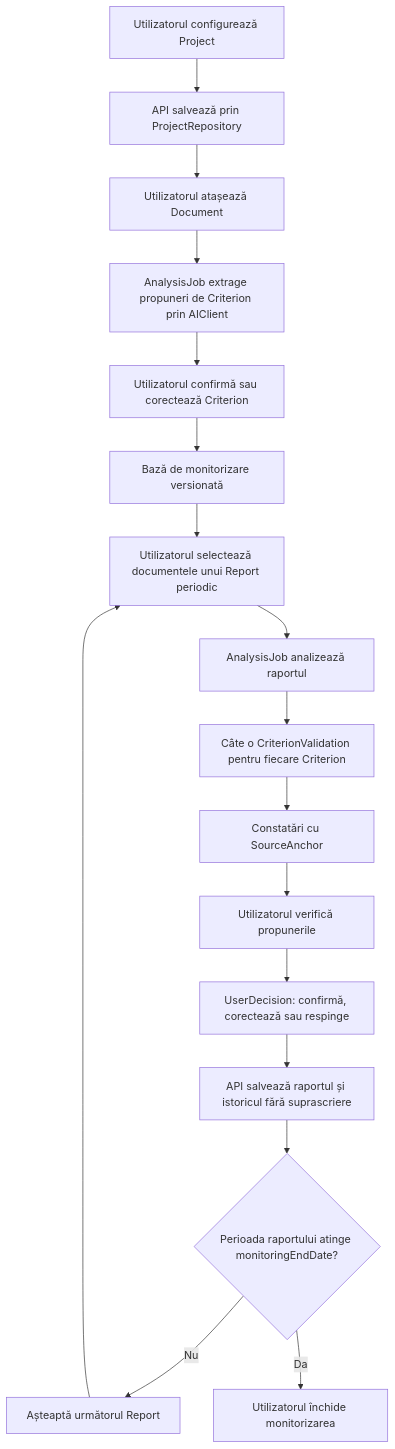
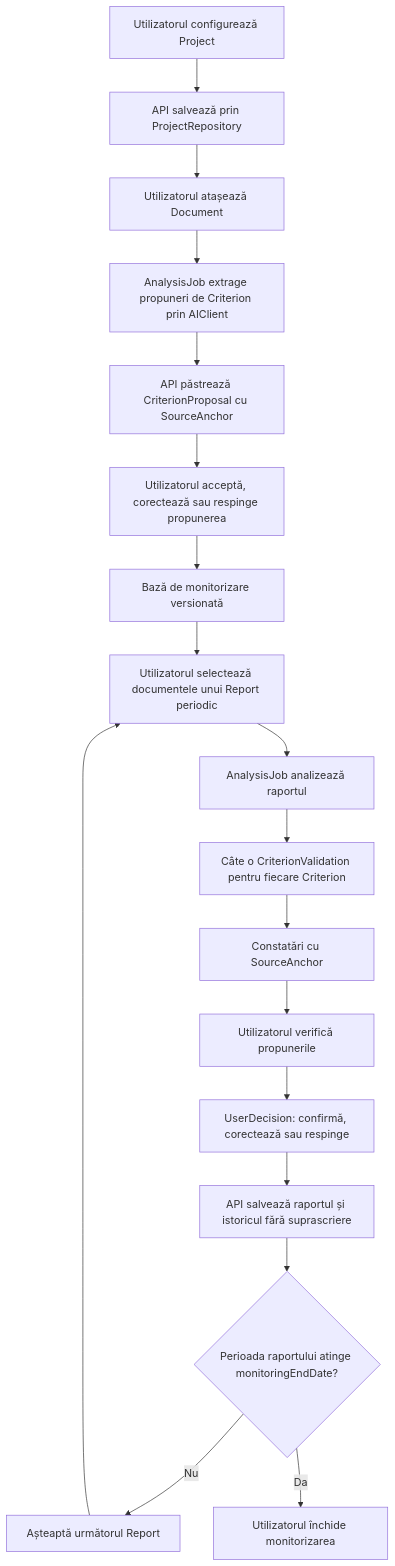
The diagram in docs/workflow.md (lupumihnea/chiatraton-adr-nord-est), drawn with Mermaid before and after one commit. The commit also changed other lines of this file and 14 other files, not shown here.

Commit message:
docs(api): add criterion extraction workflow

````diff
--- a/docs/workflow.md
+++ b/docs/workflow.md
@@ -9,19 +9,20 @@
 ```mermaid
 flowchart TD
     U1[Utilizatorul configurează Project] --> A1[API salvează prin ProjectRepository]
     A1 --> U2[Utilizatorul atașează Document]
     U2 --> J1[AnalysisJob extrage propuneri de Criterion prin AIClient]
-    J1 --> U3[Utilizatorul confirmă sau corectează Criterion]
+    J1 --> P1[API păstrează CriterionProposal cu SourceAnchor]
+    P1 --> U3[Utilizatorul acceptă, corectează sau respinge propunerea]
     U3 --> B1[Bază de monitorizare versionată]
     B1 --> U4[Utilizatorul selectează documentele unui Report periodic]
     U4 --> J2[AnalysisJob analizează raportul]
     J2 --> V1[Câte o CriterionValidation pentru fiecare Criterion]
     V1 --> S1[Constatări cu SourceAnchor]
     S1 --> U5[Utilizatorul verifică propunerile]
     U5 --> D1[UserDecision: confirmă, corectează sau respinge]
     D1 --> H1[API salvează raportul și istoricul fără suprascriere]
     H1 --> E{Perioada raportului atinge monitoringEndDate?}
     E -- Nu --> W[Așteaptă următorul Report]
     W --> U4
     E -- Da --> C[Utilizatorul închide monitorizarea]
 ```
````
